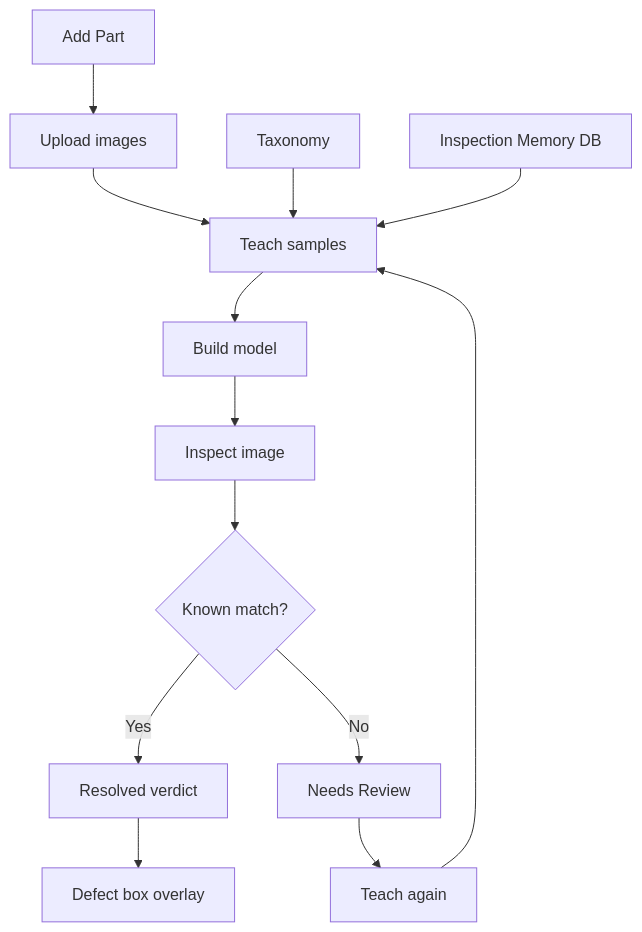
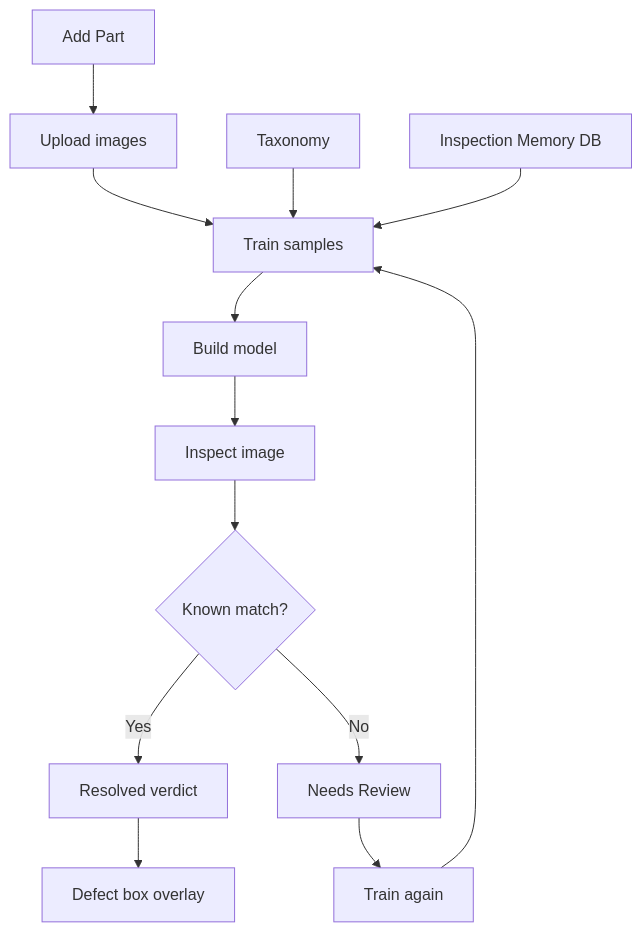
One commit to sankalpa-tech/QMSInspector changed the diagram in README.md. Above: the diagram before and after it, drawn with Mermaid. The commit also changed other lines of this file and 4 other files, not shown here.

````diff
--- a/README.md
+++ b/README.md
@@ -40,19 +40,19 @@
 ```mermaid
 flowchart TD
     A[Add Part] --> B[Upload images]
-    B --> C[Teach samples]
+    B --> C[Train samples]
 
     K[Taxonomy] --> C
     M[Inspection Memory DB] --> C
 
     C --> D[Build model]
     D --> E[Inspect image]
     E --> F{Known match?}
 
     F -- Yes --> G[Resolved verdict]
     G --> G2[Defect box overlay]
 
     F -- No --> H[Needs Review]
-    H --> I[Teach again]
+    H --> I[Train again]
     I --> C
 ```
````
